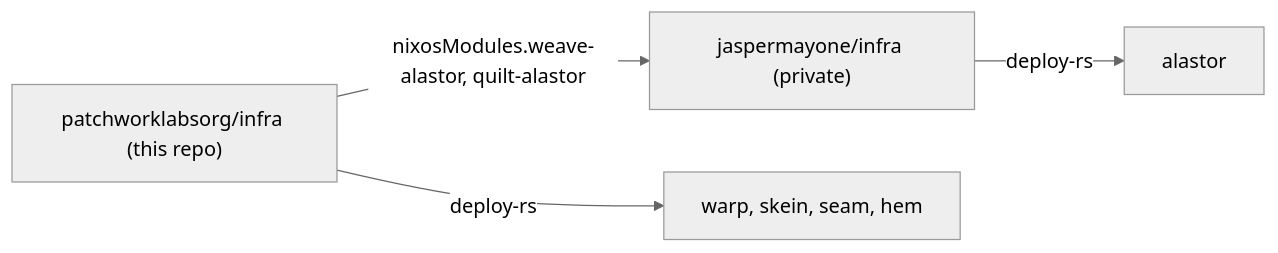
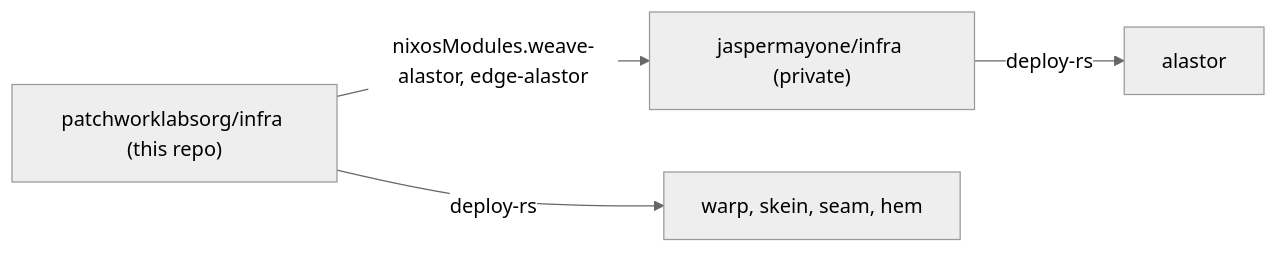
The second of 4 diagrams in README.md (patchworklabsorg/infra), drawn with Mermaid (neutral theme) before and after one commit. The commit also changed other lines of this file and 23 other files, not shown here.

````diff
--- a/README.md
+++ b/README.md
@@ -130,8 +130,8 @@
 ```mermaid
 flowchart LR
   pinfra["patchworklabsorg/infra (this repo)"]
   jinfra["jaspermayone/infra (private)"]
-  pinfra -- "nixosModules.weave-alastor, quilt-alastor" --> jinfra
+  pinfra -- "nixosModules.weave-alastor, edge-alastor" --> jinfra
   jinfra -- "deploy-rs" --> alastor
   pinfra -- "deploy-rs" --> lab["warp, skein, seam, hem"]
 ```
````
